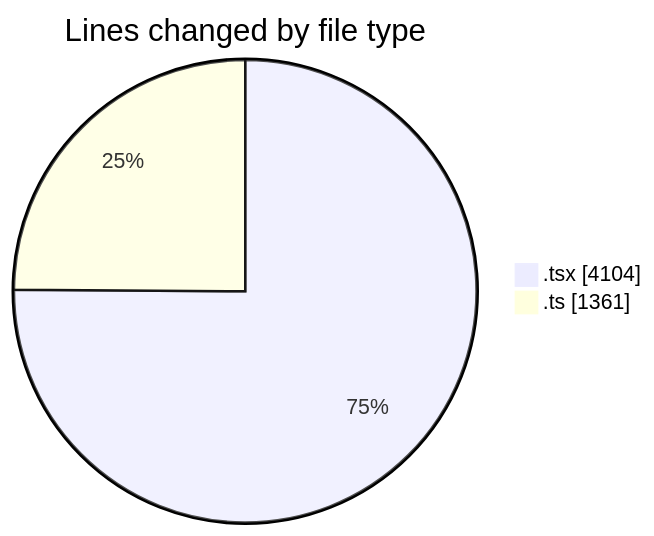
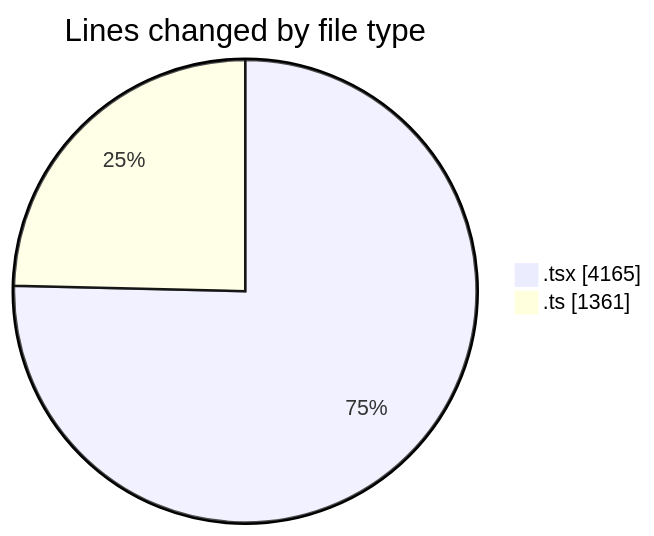
Before and after one commit to nxtqubesakshisongat/code-tracking: the first of 2 diagrams in 2026-03-06/nxtqube_webapp/README.md, drawn with Mermaid. The commit also changed other lines of this file and 1 other file, not shown here.

````diff
--- a/2026-03-06/nxtqube_webapp/README.md
+++ b/2026-03-06/nxtqube_webapp/README.md
@@ -32,6 +32,6 @@
 ```mermaid
 pie showData
 title Lines changed by file type
-".tsx" : 4104
+".tsx" : 4165
 ".ts" : 1361
 ```
````
